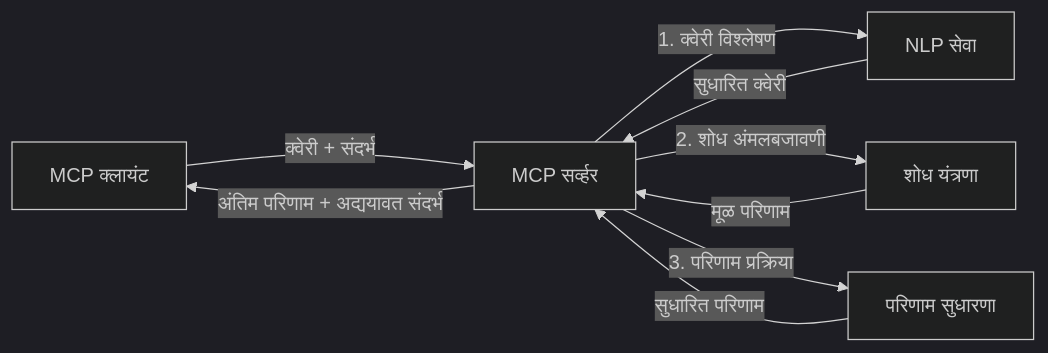
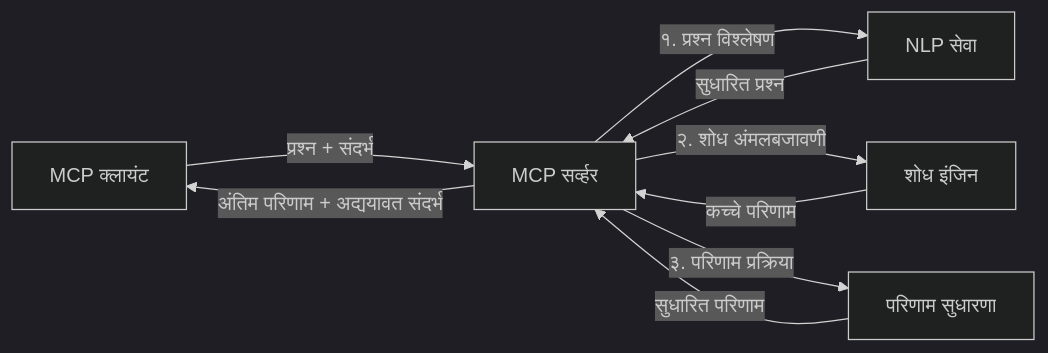
One commit to microsoft/mcp-for-beginners changed the fourth of 4 diagrams in translations/mr/05-AdvancedTopics/mcp-realtimesearch/README.md. Above: the diagram before and after it, drawn with Mermaid (dark theme). The commit also changed other lines of this file and 118 other files, not shown here.

````diff
--- a/translations/mr/05-AdvancedTopics/mcp-realtimesearch/README.md
+++ b/translations/mr/05-AdvancedTopics/mcp-realtimesearch/README.md
@@ -626,11 +628,11 @@
 ```mermaid
 graph LR
-    Client[MCP क्लायंट] --> |क्वेरी + संदर्भ| Server[MCP सर्व्हर]
-    Server --> |1. क्वेरी विश्लेषण| NLP[NLP सेवा]
-    NLP --> |सुधारित क्वेरी| Server
-    Server --> |2. शोध अंमलबजावणी| Search[शोध यंत्रणा]
-    Search --> |मूळ परिणाम| Server
-    Server --> |3. परिणाम प्रक्रिया| Enhancement[परिणाम सुधारणा]
+    Client[MCP क्लायंट] --> |प्रश्न + संदर्भ| Server[MCP सर्व्हर]
+    Server --> |१. प्रश्न विश्लेषण| NLP[NLP सेवा]
+    NLP --> |सुधारित प्रश्न| Server
+    Server --> |२. शोध अंमलबजावणी| Search[शोध इंजिन]
+    Search --> |कच्चे परिणाम| Server
+    Server --> |३. परिणाम प्रक्रिया| Enhancement[परिणाम सुधारणा]
     Enhancement --> |सुधारित परिणाम| Server
     Server --> |अंतिम परिणाम + अद्ययावत संदर्भ| Client
 ```
````
